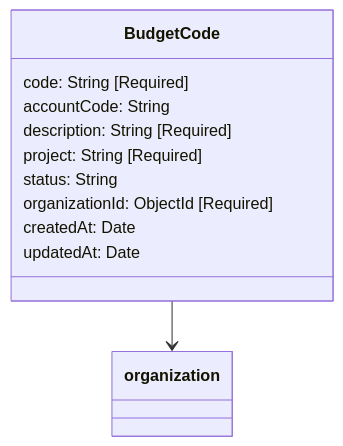
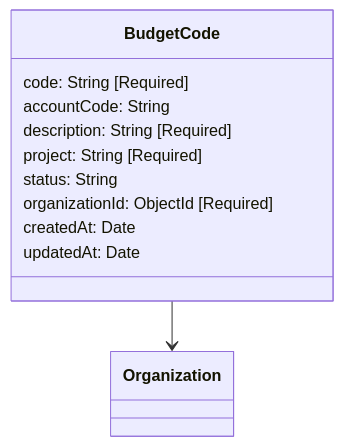
One commit to Budeshi-Products/workflowPadi-Schemas changed the diagram in schema-visualizations/BudgetCode.mmd. Above: the diagram before and after it, drawn with Mermaid. The commit also changed 75 other files, not shown here.

```diff
--- a/schema-visualizations/BudgetCode.mmd
+++ b/schema-visualizations/BudgetCode.mmd
@@ -1,13 +1,13 @@
 classDiagram
   class BudgetCode {
     code: String [Required]
     accountCode: String
     description: String [Required]
     project: String [Required]
     status: String
     organizationId: ObjectId [Required]
     createdAt: Date
     updatedAt: Date
   }
 
-  BudgetCode --> organization
+  BudgetCode --> Organization
```
